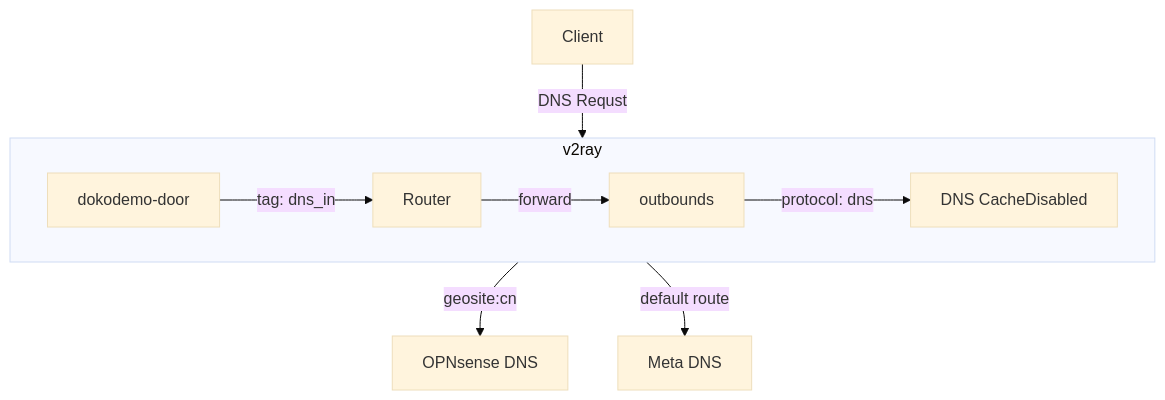
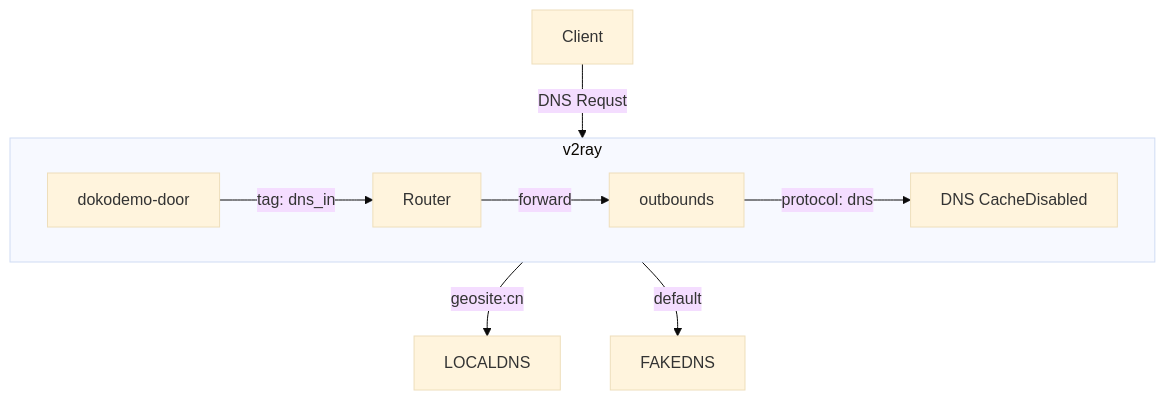
One commit to Quart233/gateway changed the diagram in diagram.mermaid. Above: the diagram before and after it, drawn with Mermaid (base theme).

Commit message:
feat(mermaid): Abstrct DNS concept

```diff
--- a/diagram.mermaid
+++ b/diagram.mermaid
@@ -1,10 +1,10 @@
 flowchart TD
 
     Client -->|DNS Requst| v2ray
 
     subgraph v2ray
         inbounds[dokodemo-door] -->|tag: dns_in| Router -->|forward| outbounds -->|protocol: dns| DNS[DNS CacheDisabled]
     end
 
-    v2ray -->|geosite:cn| Unbound[OPNsense DNS]
-    v2ray -->|default route| FAKEDNS[Meta DNS]
+    v2ray -->|geosite:cn| LOCALDNS
+    v2ray -->|default| FAKEDNS
```
